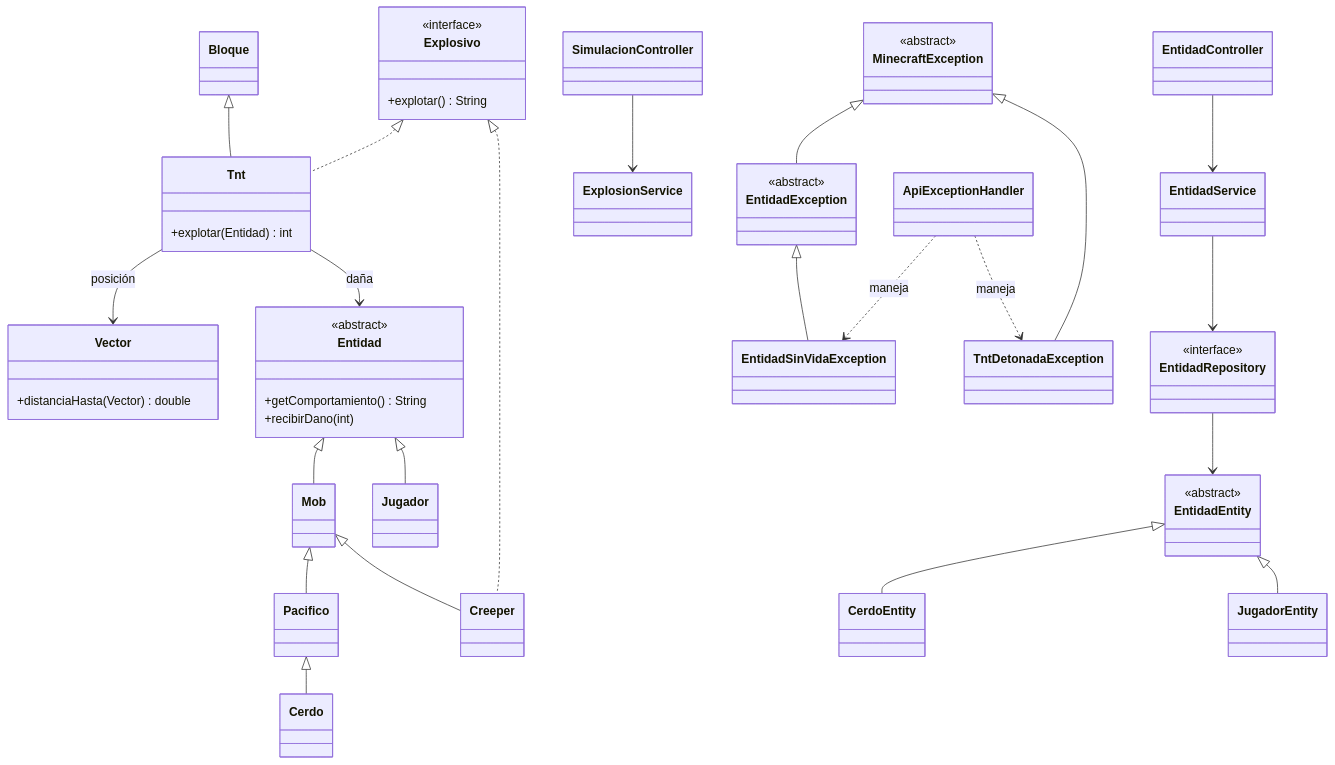
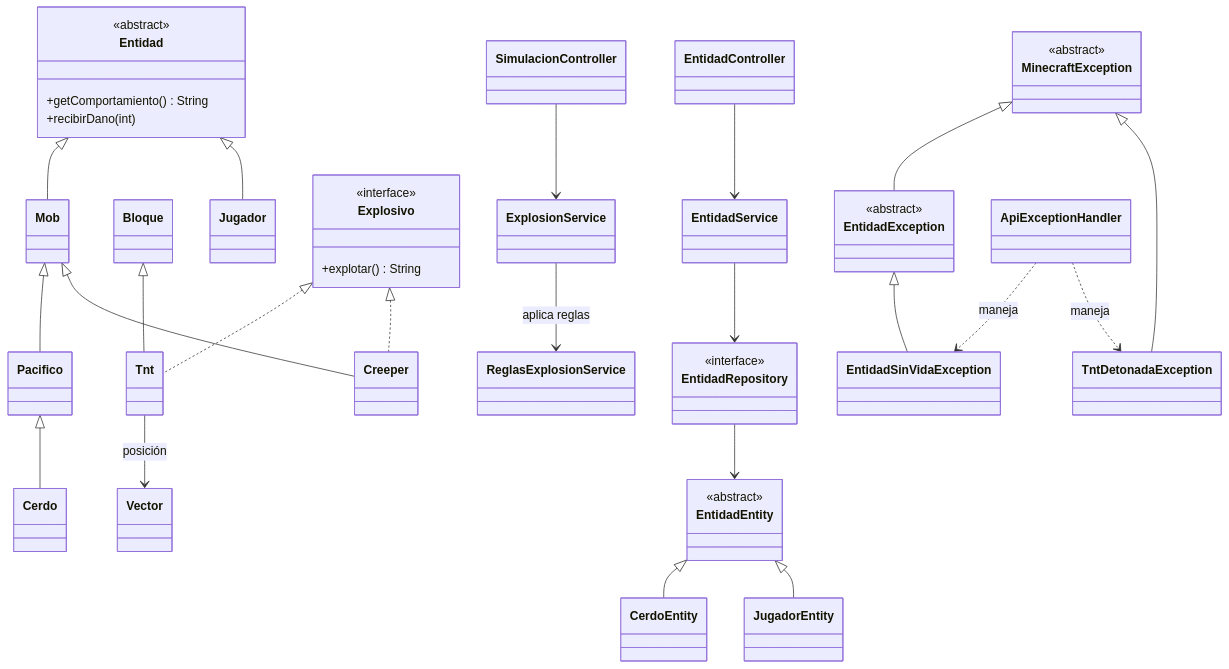
Before and after one commit to LucasFadul/lfadul-tp-lp3-2026: the second of 2 diagrams in README.md, drawn with Mermaid. The commit also changed other lines of this file and 54 other files, not shown here.

````diff
--- a/README.md
+++ b/README.md
@@ -315,66 +309,64 @@
 ```mermaid
 classDiagram
     class Entidad {
         <<abstract>>
         +getComportamiento() String
         +recibirDano(int)
     }
     class Mob
     class Pacifico
     class Bloque
     class Cerdo
     class Jugador
     class Tnt {
-        +explotar(Entidad) int
     }
-    class Vector {
-        +distanciaHasta(Vector) double
-    }
+    class Vector
+    class ReglasExplosionService
     class Explosivo {
         <<interface>>
         +explotar() String
     }
     class Creeper
     class EntidadEntity {
         <<abstract>>
     }
     class CerdoEntity
     class JugadorEntity
     class EntidadRepository {
         <<interface>>
     }
     class EntidadController
     class EntidadService
     class ExplosionService
     class SimulacionController
     class MinecraftException {
         <<abstract>>
     }
     class EntidadException {
         <<abstract>>
     }
     class EntidadSinVidaException
     class TntDetonadaException
     class ApiExceptionHandler
     Entidad <|-- Mob
     Mob <|-- Pacifico
     Pacifico <|-- Cerdo
     Entidad <|-- Jugador
     Mob <|-- Creeper
     Bloque <|-- Tnt
     Explosivo <|.. Tnt
     Explosivo <|.. Creeper
     Tnt --> Vector : posición
-    Tnt --> Entidad : daña
+    ExplosionService --> ReglasExplosionService : aplica reglas
     EntidadEntity <|-- CerdoEntity
     EntidadEntity <|-- JugadorEntity
     EntidadController --> EntidadService
     SimulacionController --> ExplosionService
     EntidadService --> EntidadRepository
     EntidadRepository --> EntidadEntity
     MinecraftException <|-- EntidadException
     EntidadException <|-- EntidadSinVidaException
     MinecraftException <|-- TntDetonadaException
     ApiExceptionHandler ..> EntidadSinVidaException : maneja
     ApiExceptionHandler ..> TntDetonadaException : maneja
 ```
````
